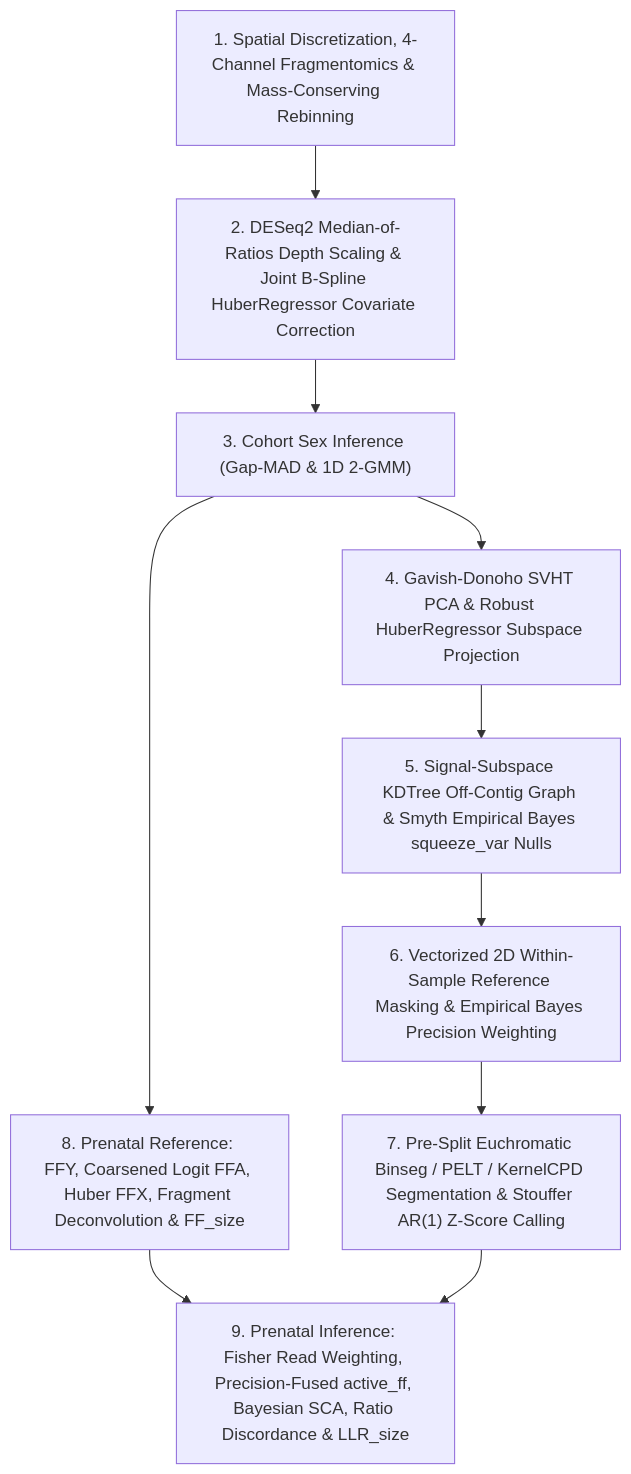
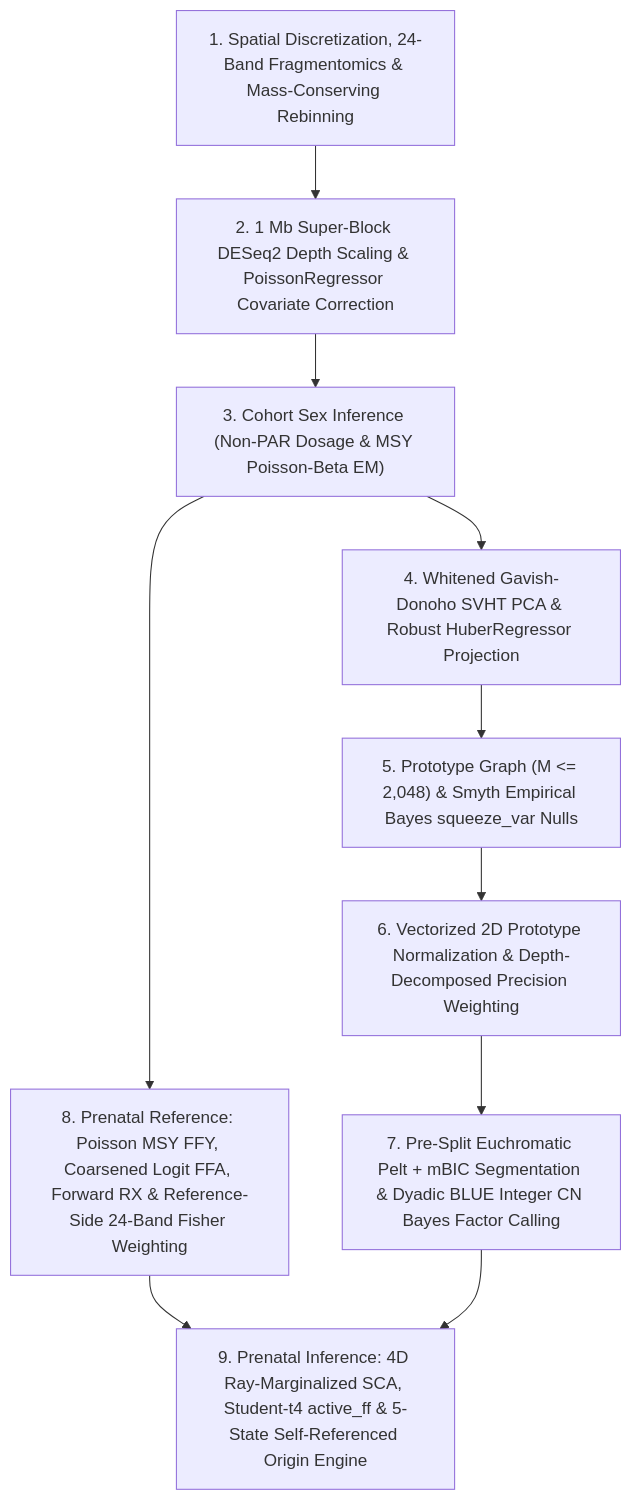
Before and after one commit to matthdsm/ccnv: the diagram in docs/methodology.md, drawn with Mermaid. The commit also changed other lines of this file and 15 other files, not shown here.

Commit message:
docs: update architecture, methodology, CLI, and module docs for ccnv v2

````diff
--- a/docs/methodology.md
+++ b/docs/methodology.md
@@ -14,12 +14,12 @@
 ```mermaid
 flowchart TD
-    S1["1. Spatial Discretization, 4-Channel Fragmentomics & Mass-Conserving Rebinning"] --> S2["2. DESeq2 Median-of-Ratios Depth Scaling & Joint B-Spline HuberRegressor Covariate Correction"]
-    S2 --> S3["3. Cohort Sex Inference (Gap-MAD & 1D 2-GMM)"]
-    S3 --> S4["4. Gavish-Donoho SVHT PCA & Robust HuberRegressor Subspace Projection"]
-    S4 --> S5["5. Signal-Subspace KDTree Off-Contig Graph & Smyth Empirical Bayes squeeze_var Nulls"]
-    S5 --> S6["6. Vectorized 2D Within-Sample Reference Masking & Empirical Bayes Precision Weighting"]
-    S6 --> S7["7. Pre-Split Euchromatic Binseg / PELT / KernelCPD Segmentation & Stouffer AR(1) Z-Score Calling"]
-    S3 --> S8["8. Prenatal Reference: FFY, Coarsened Logit FFA, Huber FFX, Fragment Deconvolution & FF_size"]
-    S8 --> S9["9. Prenatal Inference: Fisher Read Weighting, Precision-Fused active_ff, Bayesian SCA, Ratio Discordance & LLR_size"]
+    S1["1. Spatial Discretization, 24-Band Fragmentomics & Mass-Conserving Rebinning"] --> S2["2. 1 Mb Super-Block DESeq2 Depth Scaling & PoissonRegressor Covariate Correction"]
+    S2 --> S3["3. Cohort Sex Inference (Non-PAR Dosage & MSY Poisson-Beta EM)"]
+    S3 --> S4["4. Whitened Gavish-Donoho SVHT PCA & Robust HuberRegressor Projection"]
+    S4 --> S5["5. Prototype Graph (M <= 2,048) & Smyth Empirical Bayes squeeze_var Nulls"]
+    S5 --> S6["6. Vectorized 2D Prototype Normalization & Depth-Decomposed Precision Weighting"]
+    S6 --> S7["7. Pre-Split Euchromatic Pelt + mBIC Segmentation & Dyadic BLUE Integer CN Bayes Factor Calling"]
+    S3 --> S8["8. Prenatal Reference: Poisson MSY FFY, Coarsened Logit FFA, Forward RX & Reference-Side 24-Band Fisher Weighting"]
+    S8 --> S9["9. Prenatal Inference: 4D Ray-Marginalized SCA, Student-t4 active_ff & 5-State Self-Referenced Origin Engine"]
     S7 --> S9
 ```
````
